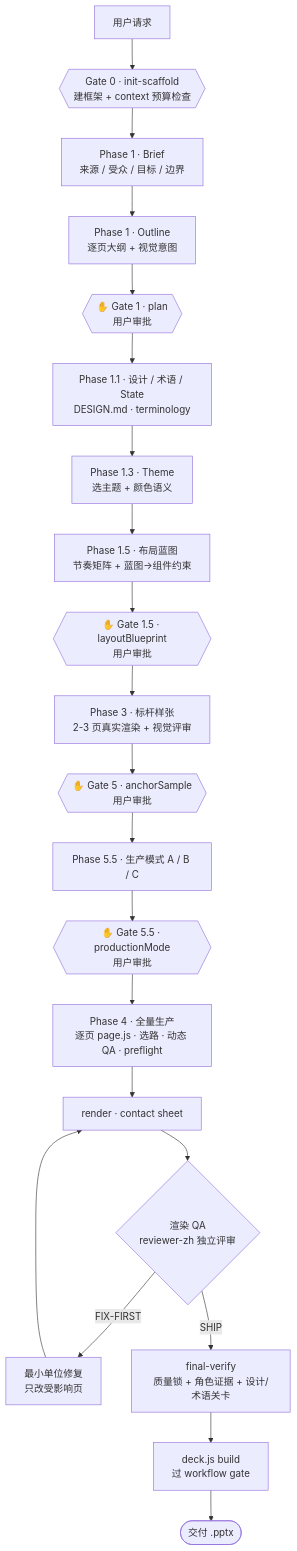
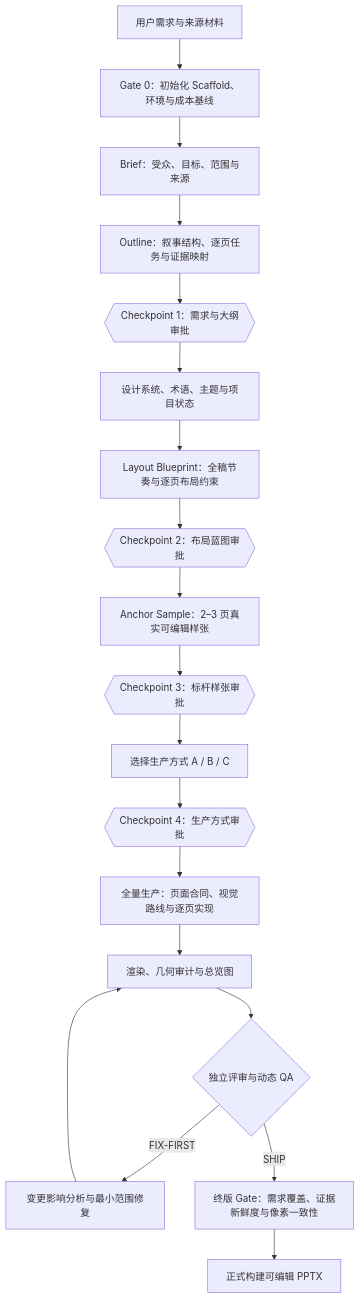
Before and after one commit to Westwell-IInnovation-Products/Innovation-product-PPT: the diagram in leander-ppt/README.md, drawn with Mermaid. The commit also changed other lines of this file and 80 other files, not shown here.

````diff
--- a/leander-ppt/README.md
+++ b/leander-ppt/README.md
@@ -43,23 +161,21 @@
 ```mermaid
 flowchart TD
-    A["用户请求"] --> G0{{"Gate 0 · init-scaffold<br/>建框架 + context 预算检查"}}
-    G0 --> B["Phase 1 · Brief<br/>来源 / 受众 / 目标 / 边界"]
-    B --> O["Phase 1 · Outline<br/>逐页大纲 + 视觉意图"]
-    O --> C1{{"✋ Gate 1 · plan<br/>用户审批"}}
-    C1 --> D["Phase 1.1 · 设计 / 术语 / State<br/>DESIGN.md · terminology"]
-    D --> T["Phase 1.3 · Theme<br/>选主题 + 颜色语义"]
-    T --> L["Phase 1.5 · 布局蓝图<br/>节奏矩阵 + 蓝图→组件约束"]
-    L --> C2{{"✋ Gate 1.5 · layoutBlueprint<br/>用户审批"}}
-    C2 --> AN["Phase 3 · 标杆样张<br/>2-3 页真实渲染 + 视觉评审"]
-    AN --> C3{{"✋ Gate 5 · anchorSample<br/>用户审批"}}
-    C3 --> PM["Phase 5.5 · 生产模式 A / B / C"]
-    PM --> C4{{"✋ Gate 5.5 · productionMode<br/>用户审批"}}
-    C4 --> P["Phase 4 · 全量生产<br/>逐页 page.js · 选路 · 动态 QA · preflight"]
-    P --> R["render · contact sheet"]
-    R --> QA{"渲染 QA<br/>reviewer-zh 独立评审"}
-    QA -->|"FIX-FIRST"| FIX["最小单位修复<br/>只改受影响页"]
-    FIX --> R
-    QA -->|"SHIP"| FV["final-verify<br/>质量锁 + 角色证据 + 设计/术语关卡"]
-    FV --> BUILD["deck.js build<br/>过 workflow gate"]
-    BUILD --> DONE(["交付 .pptx"])
+    A["用户需求与来源材料"] --> G0["Gate 0：初始化 Scaffold、环境与成本基线"]
+    G0 --> B["Brief：受众、目标、范围与来源"]
+    B --> O["Outline：叙事结构、逐页任务与证据映射"]
+    O --> C1{{"Checkpoint 1：需求与大纲审批"}}
+    C1 --> D["设计系统、术语、主题与项目状态"]
+    D --> L["Layout Blueprint：全稿节奏与逐页布局约束"]
+    L --> C2{{"Checkpoint 2：布局蓝图审批"}}
+    C2 --> S["Anchor Sample：2–3 页真实可编辑样张"]
+    S --> C3{{"Checkpoint 3：标杆样张审批"}}
+    C3 --> M["选择生产方式 A / B / C"]
+    M --> C4{{"Checkpoint 4：生产方式审批"}}
+    C4 --> P["全量生产：页面合同、视觉路线与逐页实现"]
+    P --> R["渲染、几何审计与总览图"]
+    R --> Q{"独立评审与动态 QA"}
+    Q -->|"FIX-FIRST"| I["变更影响分析与最小范围修复"]
+    I --> R
+    Q -->|"SHIP"| F["终版 Gate：需求覆盖、证据新鲜度与像素一致性"]
+    F --> X["正式构建可编辑 PPTX"]
 ```
````
